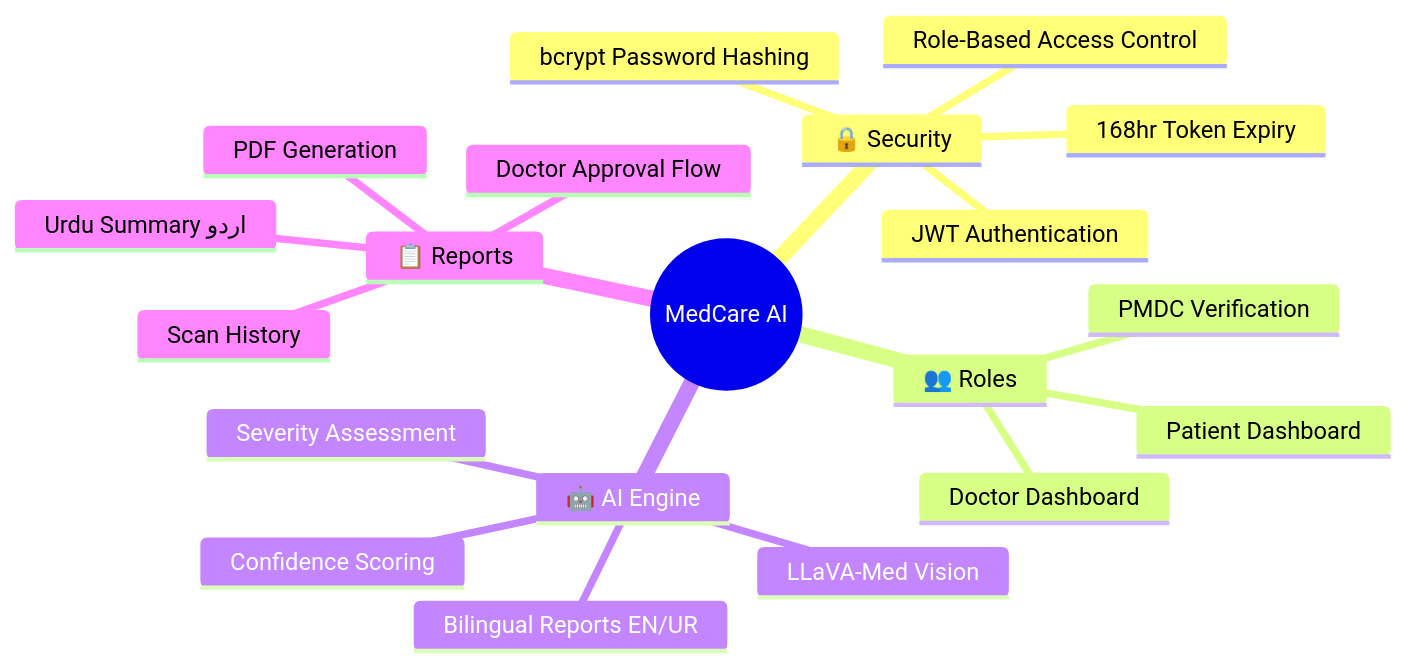
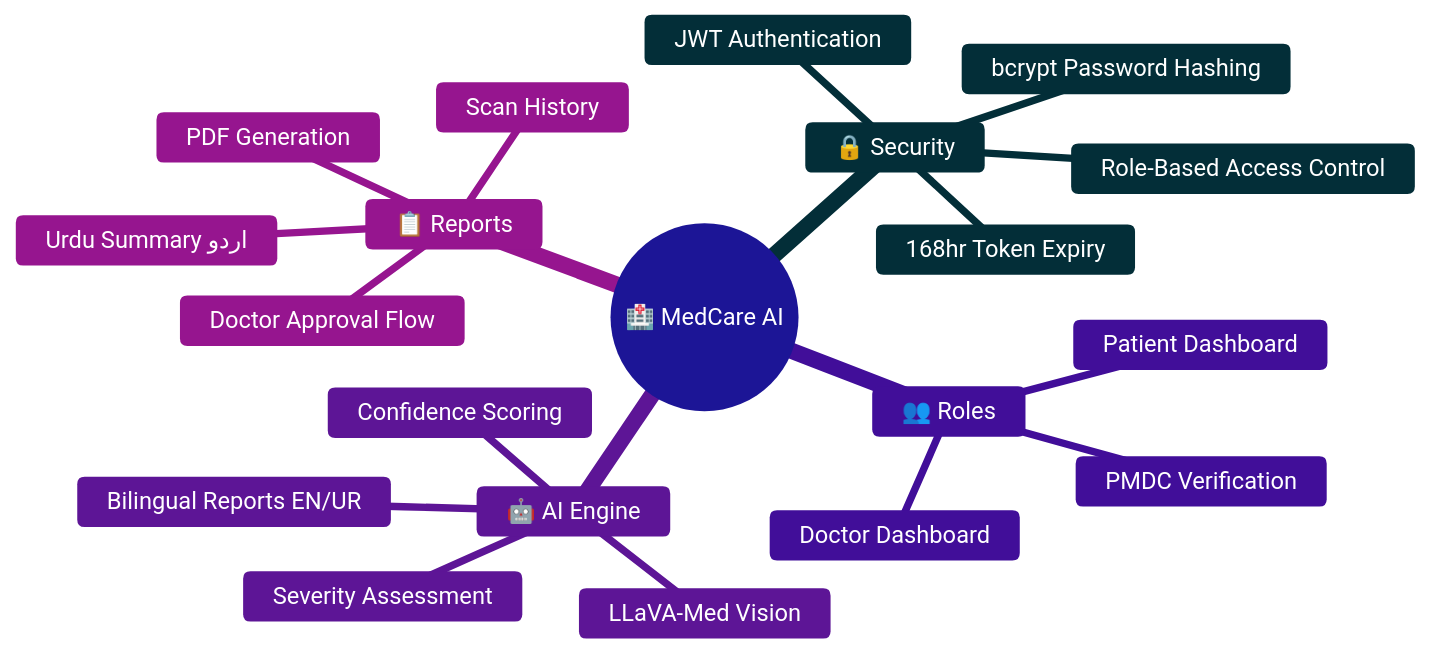
The first of 3 diagrams in README.md (24pwai0032-gif/medcare-ai), drawn with Mermaid before and after one commit. The commit also changed other lines of this file, not shown here.

Commit message:
README: add live demo, GitHub stats, activity graph, demo showcase - 10/10 polish

````diff
--- a/README.md
+++ b/README.md
@@ -88,23 +164,24 @@
 ```mermaid
+%%{init: {'theme': 'base', 'themeVariables': { 'primaryColor': '#4f46e5', 'primaryTextColor': '#ffffff', 'primaryBorderColor': '#6366f1', 'lineColor': '#a5b4fc', 'secondaryColor': '#0891b2', 'tertiaryColor': '#7c3aed' }}}%%
 mindmap
-  root((MedCare AI))
+  root((🏥 MedCare AI))
     🔒 Security
       JWT Authentication
       bcrypt Password Hashing
       Role-Based Access Control
       168hr Token Expiry
     👥 Roles
       Patient Dashboard
       Doctor Dashboard
       PMDC Verification
     🤖 AI Engine
       LLaVA-Med Vision
       Bilingual Reports EN/UR
       Severity Assessment
       Confidence Scoring
     📋 Reports
       PDF Generation
       Scan History
       Doctor Approval Flow
       Urdu Summary اردو
 ```
````
